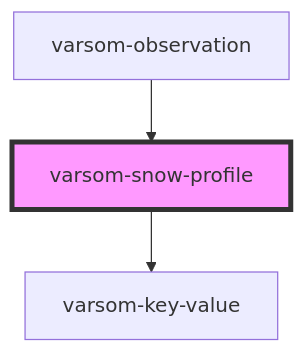
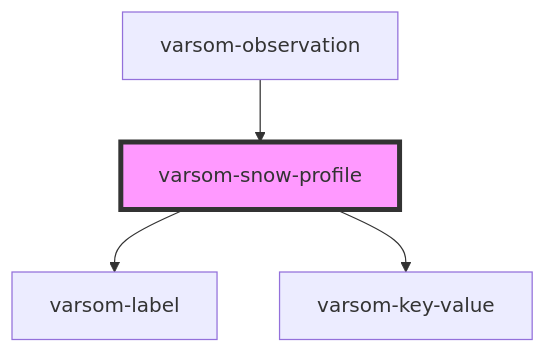
The diagram in observasjonskort/src/components/varsom-snow-profile/readme.md (NVE/varsom-observation), drawn with Mermaid before and after one commit. The commit also changed other lines of this file and 13 other files, not shown here.

````diff
--- a/observasjonskort/src/components/varsom-snow-profile/readme.md
+++ b/observasjonskort/src/components/varsom-snow-profile/readme.md
@@ -35,6 +36,7 @@
 ```mermaid
 graph TD;
+  varsom-snow-profile --> varsom-label
   varsom-snow-profile --> varsom-key-value
   varsom-observation --> varsom-snow-profile
   style varsom-snow-profile fill:#f9f,stroke:#333,stroke-width:4px
 ```
````
